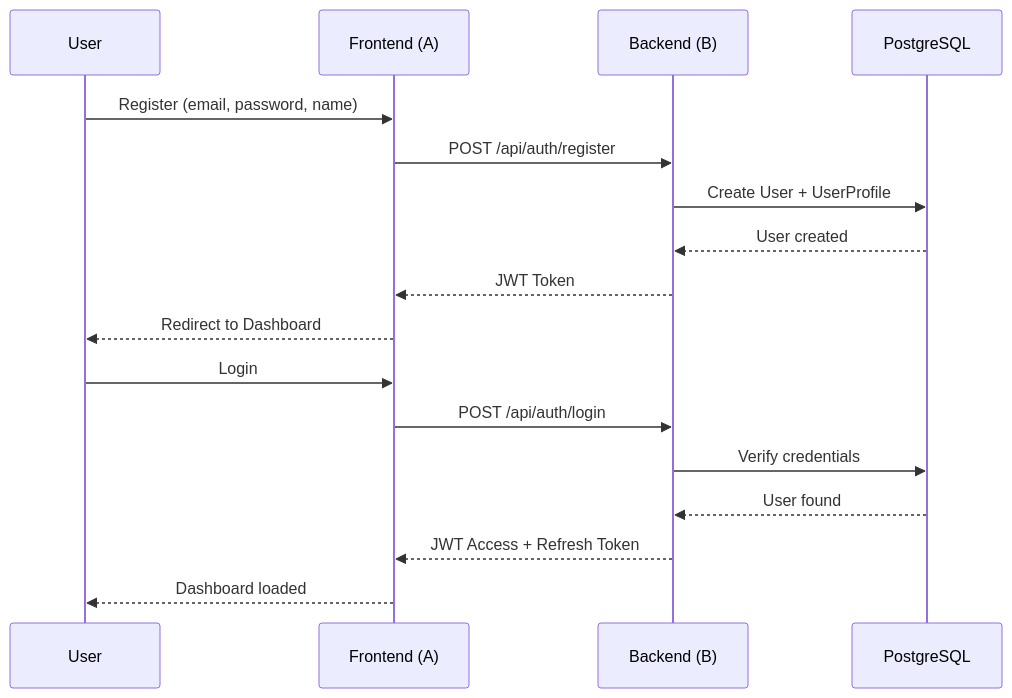
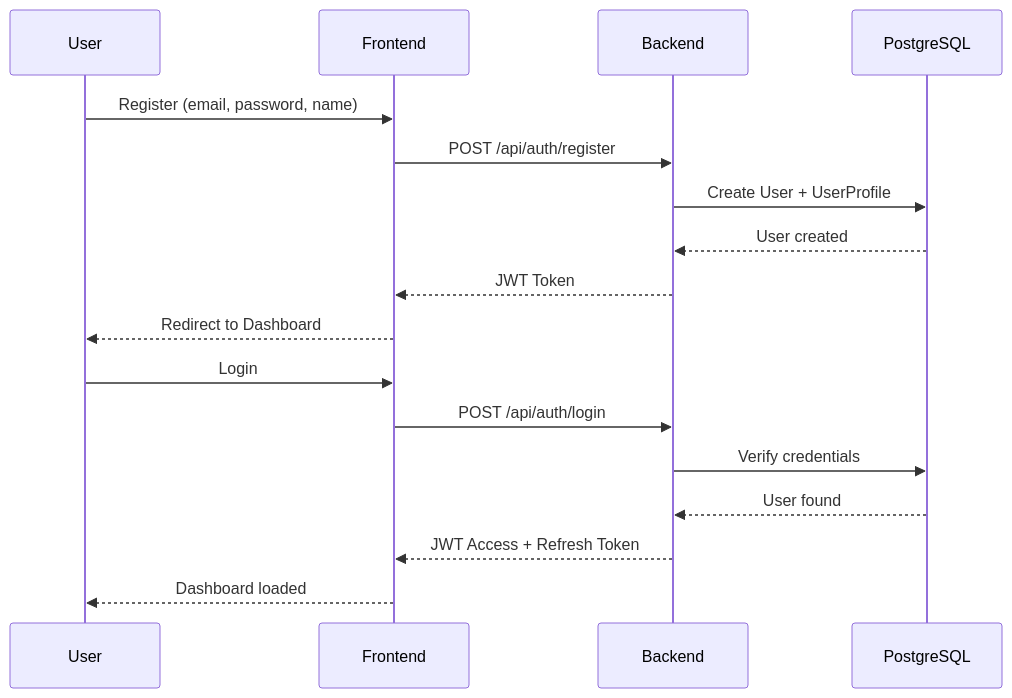
Before and after one commit to dyajaballh8/CareerPilot-AI: the third of 10 diagrams in docs/CareerPilot_AI_Plan.md, drawn with Mermaid. The commit also changed other lines of this file and 57 other files, not shown here.

Commit message:
feat: complete Phase 1 - modular architecture, multi-platform courses, enhanced UI and documentation

````diff
--- a/docs/CareerPilot_AI_Plan.md
+++ b/docs/CareerPilot_AI_Plan.md
@@ -139,21 +137,21 @@
 ```mermaid
 sequenceDiagram
     participant U as User
-    participant F as Frontend (A)
-    participant B as Backend (B)
+    participant F as Frontend
+    participant B as Backend
     participant DB as PostgreSQL
 
     U->>F: Register (email, password, name)
     F->>B: POST /api/auth/register
     B->>DB: Create User + UserProfile
     DB-->>B: User created
     B-->>F: JWT Token
     F-->>U: Redirect to Dashboard
 
     U->>F: Login
     F->>B: POST /api/auth/login
     B->>DB: Verify credentials
     DB-->>B: User found
     B-->>F: JWT Access + Refresh Token
     F-->>U: Dashboard loaded
 ```
````
